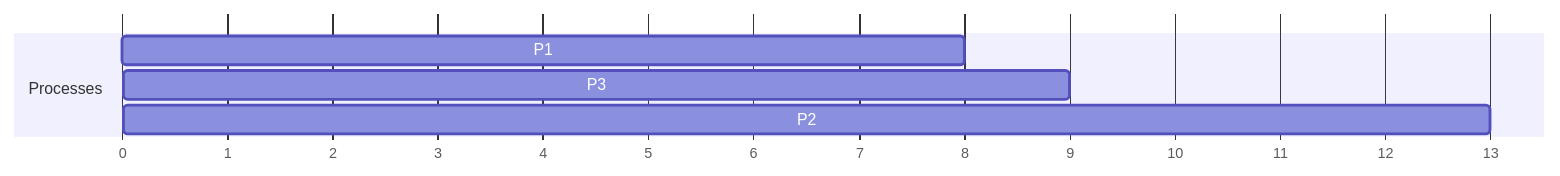
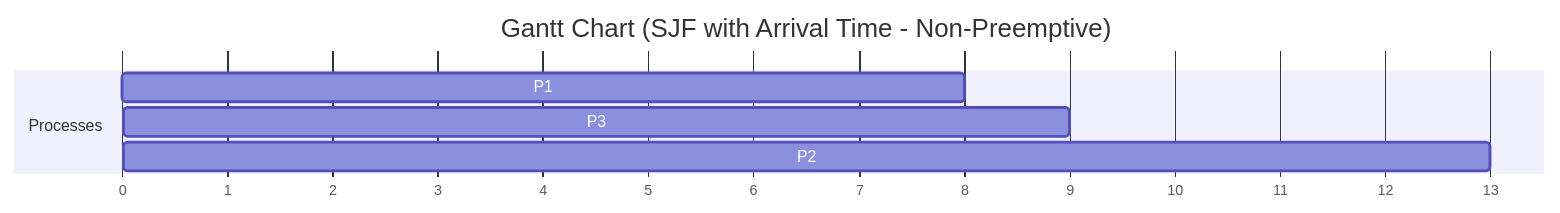
The second of 3 diagrams in Schedulling2/Scheduling2.md (ANAZUMROTU/SisOp-2025), drawn with Mermaid before and after one commit. The commit also changed other lines of this file, not shown here.

````diff
--- a/Schedulling2/Scheduling2.md
+++ b/Schedulling2/Scheduling2.md
@@ -45,9 +46,10 @@
 ```mermaid
 gantt
+    title Gantt Chart (SJF with Arrival Time - Non-Preemptive)
     dateFormat  X
     axisFormat %s
     section Processes
     P1:0,8
     P3:8,9
     P2:9,13
 ```
````
